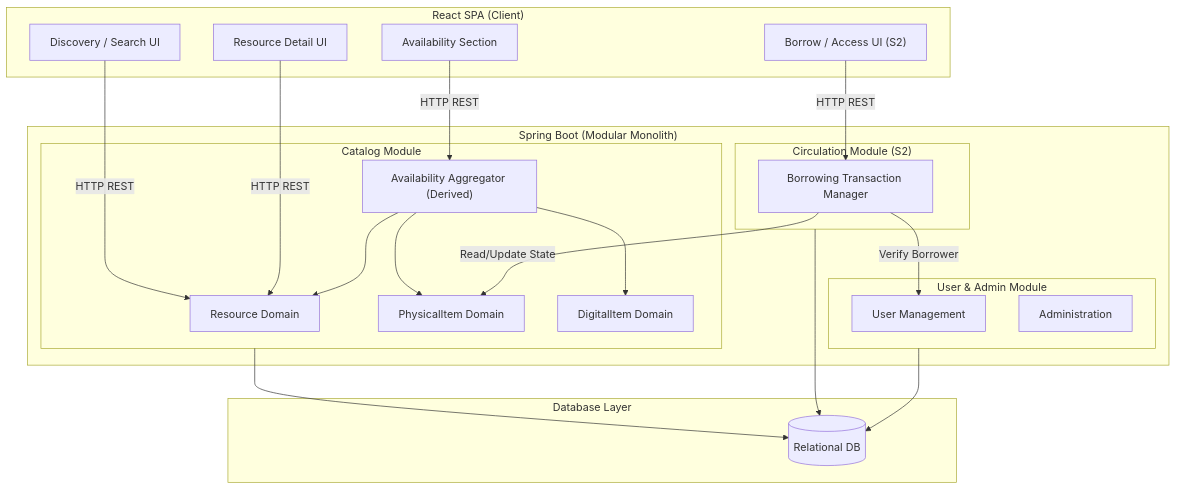
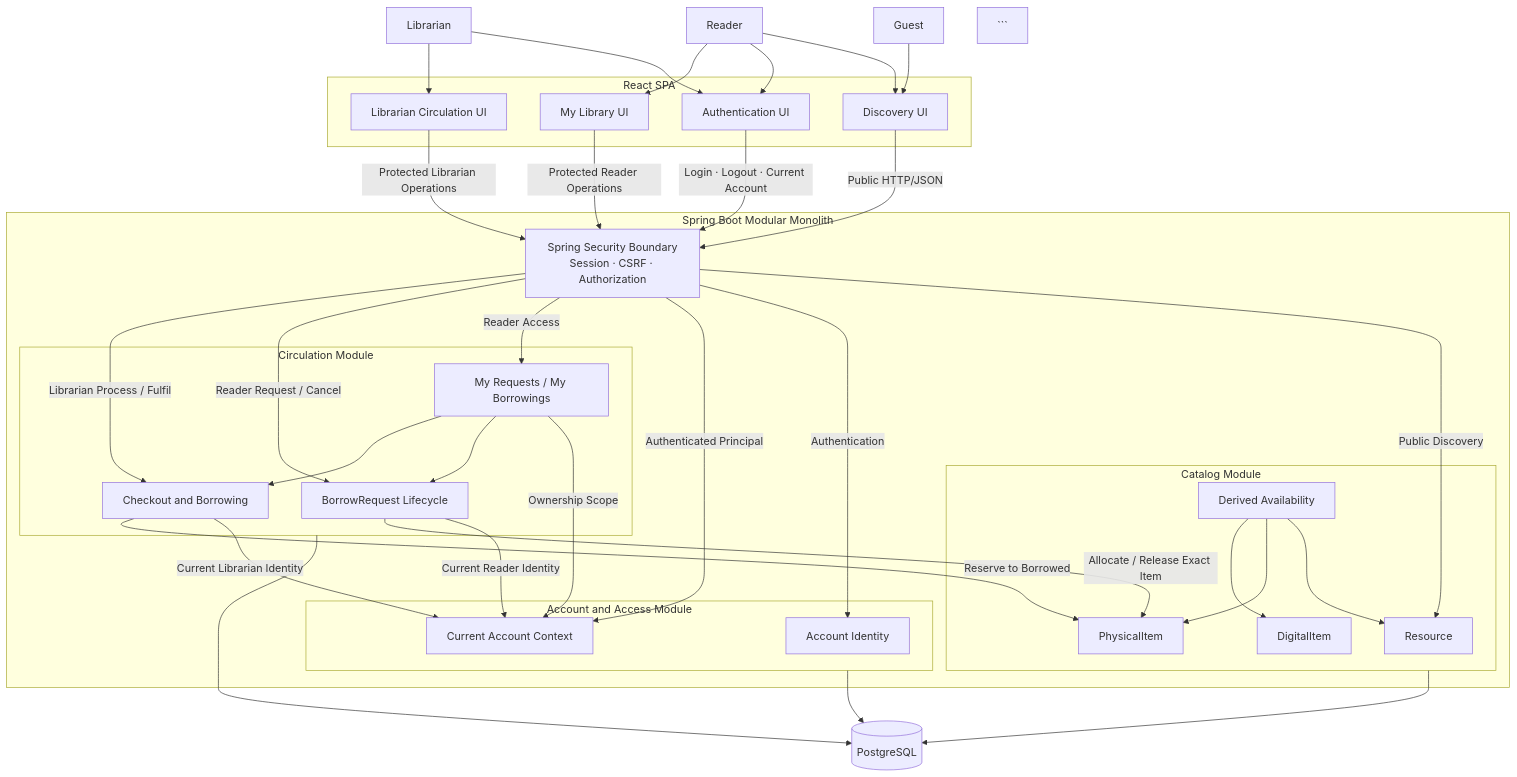
Before and after one commit to hoanglcnn-oss/Librio-Group7: the diagram in docs/hld/component-diagram.mmd, drawn with Mermaid. The commit also changed 9 other files, not shown here.

Commit message:
docs: add high-level architecture diagrams and sprint 2 low-level design specifications for auth, borrow, and API contracts

````diff
--- a/docs/hld/component-diagram.mmd
+++ b/docs/hld/component-diagram.mmd
@@ -1,49 +1,73 @@
-graph TD
-    subgraph Frontend["React SPA (Client)"]
-        UI_Search["Discovery / Search UI"]
-        UI_Detail["Resource Detail UI"]
-        UI_Avail["Availability Section"]
-        UI_Borrow["Borrow / Access UI (S2)"]
+flowchart TB
+Guest["Guest"]
+Reader["Reader"]
+Librarian["Librarian"]
+
+```
+subgraph Client["React SPA"]
+    DiscoveryUI["Discovery UI"]
+    AuthUI["Authentication UI"]
+    MyLibraryUI["My Library UI"]
+    LibrarianUI["Librarian Circulation UI"]
+end
+
+subgraph Backend["Spring Boot Modular Monolith"]
+    Security["Spring Security Boundary<br/>Session · CSRF · Authorization"]
+
+    subgraph AccountModule["Account and Access Module"]
+        Account["Account Identity"]
+        CurrentAccount["Current Account Context"]
     end
 
-    subgraph Backend["Spring Boot (Modular Monolith)"]
-        subgraph CatalogModule["Catalog Module"]
-            Mod_Resource["Resource Domain"]
-            Mod_Physical["PhysicalItem Domain"]
-            Mod_Digital["DigitalItem Domain"]
-            Mod_AvailAgg["Availability Aggregator (Derived)"]
-        end
-
-        subgraph CirculationModule["Circulation Module (S2)"]
-            Mod_Borrowing["Borrowing Transaction Manager"]
-        end
-
-        subgraph UserAdminModule["User & Admin Module"]
-            Mod_User["User Management"]
-            Mod_Admin["Administration"]
-        end
+    subgraph CatalogModule["Catalog Module"]
+        Resource["Resource"]
+        PhysicalItem["PhysicalItem"]
+        DigitalItem["DigitalItem"]
+        Availability["Derived Availability"]
     end
 
-    subgraph Storage["Database Layer"]
-        DB[(Relational DB)]
+    subgraph CirculationModule["Circulation Module"]
+        BorrowRequest["BorrowRequest Lifecycle"]
+        Checkout["Checkout and Borrowing"]
+        MyLibrary["My Requests / My Borrowings"]
     end
+end
 
-    %% Client to Backend Interaction
-    UI_Search -->|HTTP REST| Mod_Resource
-    UI_Detail -->|HTTP REST| Mod_Resource
-    UI_Avail -->|HTTP REST| Mod_AvailAgg
-    UI_Borrow -->|HTTP REST| Mod_Borrowing
+Database[("PostgreSQL")]
 
-    %% Catalog internal aggregation
-    Mod_AvailAgg --> Mod_Resource
-    Mod_AvailAgg --> Mod_Physical
-    Mod_AvailAgg --> Mod_Digital
+Guest --> DiscoveryUI
+Reader --> DiscoveryUI
+Reader --> AuthUI
+Reader --> MyLibraryUI
+Librarian --> AuthUI
+Librarian --> LibrarianUI
 
-    %% Cross Module Boundary
-    Mod_Borrowing -->|Read/Update State| Mod_Physical
-    Mod_Borrowing -->|Verify Borrower| Mod_User
+DiscoveryUI -->|"Public HTTP/JSON"| Security
+AuthUI -->|"Login · Logout · Current Account"| Security
+MyLibraryUI -->|"Protected Reader Operations"| Security
+LibrarianUI -->|"Protected Librarian Operations"| Security
 
-    %% Persistence
-    CatalogModule --> DB
-    CirculationModule --> DB
-    UserAdminModule --> DB
+Security -->|"Public Discovery"| Resource
+Security -->|"Authentication"| Account
+Security -->|"Authenticated Principal"| CurrentAccount
+Security -->|"Reader Access"| MyLibrary
+Security -->|"Reader Request / Cancel"| BorrowRequest
+Security -->|"Librarian Process / Fulfil"| Checkout
+
+Availability --> Resource
+Availability --> PhysicalItem
+Availability --> DigitalItem
+
+BorrowRequest -->|"Current Reader Identity"| CurrentAccount
+Checkout -->|"Current Librarian Identity"| CurrentAccount
+MyLibrary -->|"Ownership Scope"| CurrentAccount
+
+BorrowRequest -->|"Allocate / Release Exact Item"| PhysicalItem
+Checkout -->|"Reserve to Borrowed"| PhysicalItem
+MyLibrary --> BorrowRequest
+MyLibrary --> Checkout
+
+AccountModule --> Database
+CatalogModule --> Database
+CirculationModule --> Database
+```
````
